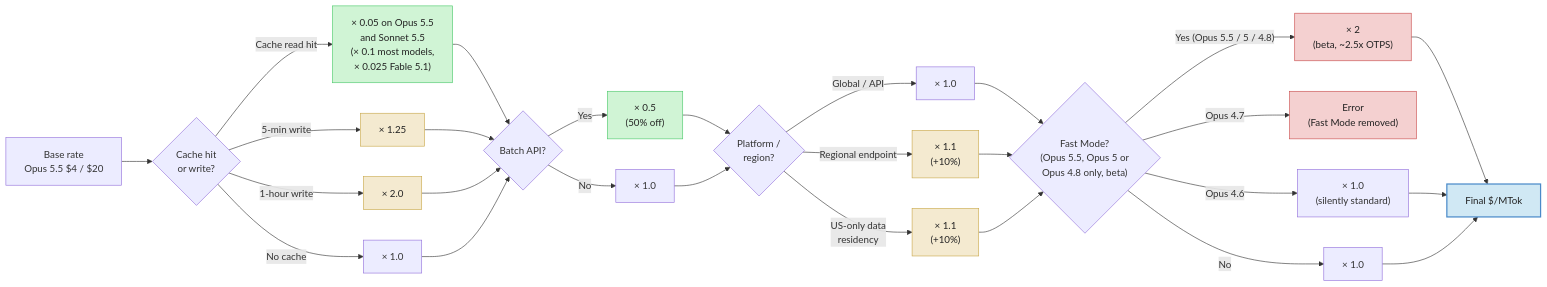
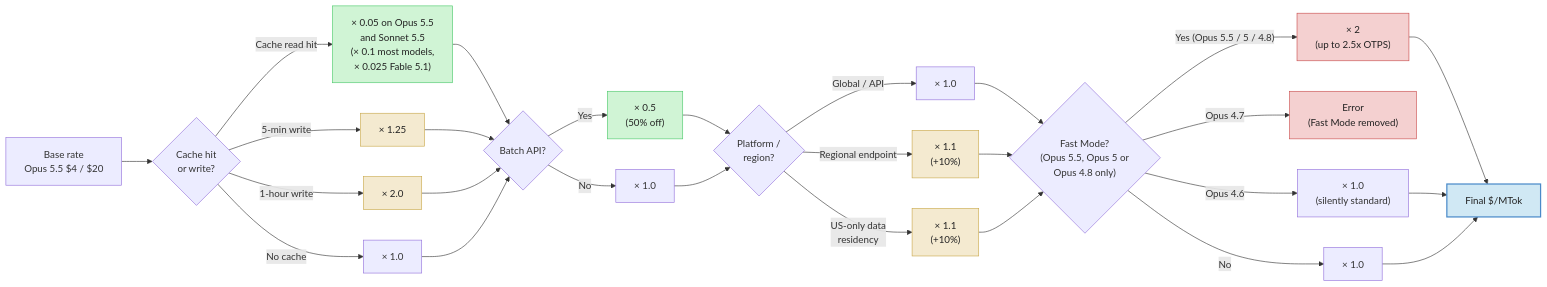
The fifth of 5 diagrams in guides/diagrams.md (Sagargupta16/claude-cost-optimizer), drawn with Mermaid before and after one commit. The commit also changed other lines of this file and 72 other files, not shown here.

````diff
--- a/guides/diagrams.md
+++ b/guides/diagrams.md
@@ -239,47 +240,47 @@
 ```mermaid
 flowchart LR
     base["Base rate<br/>Opus 5.5 $4 / $20"] --> cache{"Cache hit<br/>or write?"}
 
     cache -- "Cache read hit" --> cacheRead["× 0.05 on Opus 5.5<br/>and Sonnet 5.5<br/>(× 0.1 most models,<br/>× 0.025 Fable 5.1)"]
     cache -- "5-min write" --> write5m["× 1.25"]
     cache -- "1-hour write" --> write1h["× 2.0"]
     cache -- "No cache" --> normal["× 1.0"]
 
     cacheRead --> batch{"Batch API?"}
     write5m --> batch
     write1h --> batch
     normal --> batch
 
     batch -- "Yes" --> batchYes["× 0.5<br/>(50% off)"]
     batch -- "No" --> batchNo["× 1.0"]
 
     batchYes --> region{"Platform /<br/>region?"}
     batchNo --> region
 
     region -- "Global / API" --> regGlobal["× 1.0"]
     region -- "Regional endpoint" --> regRegional["× 1.1<br/>(+10%)"]
     region -- "US-only data<br/>residency" --> regData["× 1.1<br/>(+10%)"]
 
-    regGlobal --> fast{"Fast Mode?<br/>(Opus 5.5, Opus 5 or<br/>Opus 4.8 only, beta)"}
+    regGlobal --> fast{"Fast Mode?<br/>(Opus 5.5, Opus 5 or<br/>Opus 4.8 only)"}
     regRegional --> fast
     regData --> fast
 
-    fast -- "Yes (Opus 5.5 / 5 / 4.8)" --> fastYes["× 2<br/>(beta, ~2.5x OTPS)"]
+    fast -- "Yes (Opus 5.5 / 5 / 4.8)" --> fastYes["× 2<br/>(up to 2.5x OTPS)"]
     fast -- "Opus 4.7" --> fastErr["Error<br/>(Fast Mode removed)"]
     fast -- "Opus 4.6" --> fastSilent["× 1.0<br/>(silently standard)"]
     fast -- "No" --> fastNo["× 1.0"]
 
     fastYes --> final["Final $/MTok"]
     fastSilent --> final
     fastNo --> final
 
     classDef discount fill:#d0f4d5,stroke:#4ac96a,color:#222
     classDef premium fill:#f4ead0,stroke:#c9a84a,color:#222
     classDef expensive fill:#f4d0d0,stroke:#c94a4a,color:#222
     classDef result fill:#d0e8f4,stroke:#4a8ac9,stroke-width:2px,color:#222
 
     class cacheRead,batchYes discount
     class write5m,write1h,regRegional,regData premium
     class fastYes,fastErr expensive
     class final result
 ```
````
